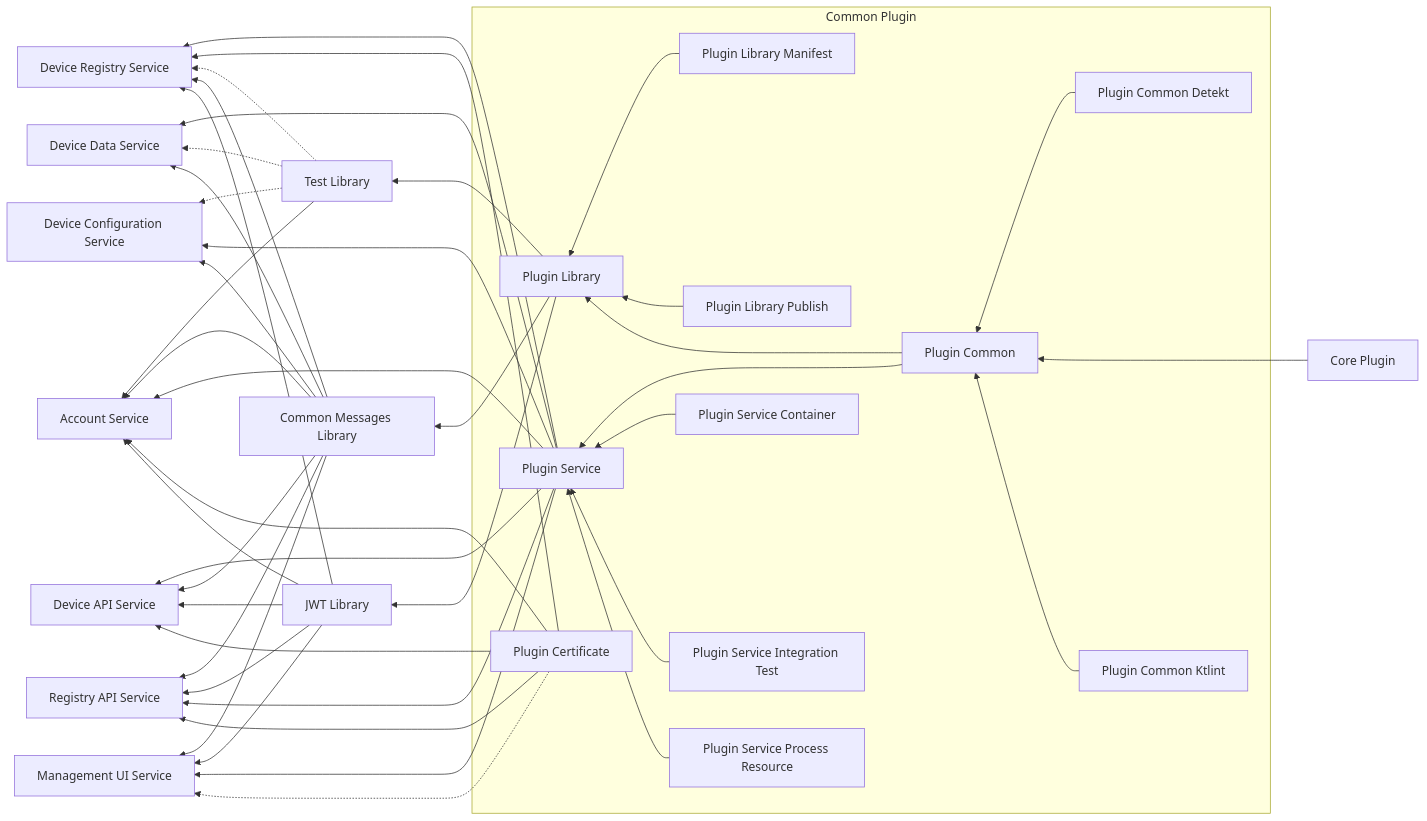
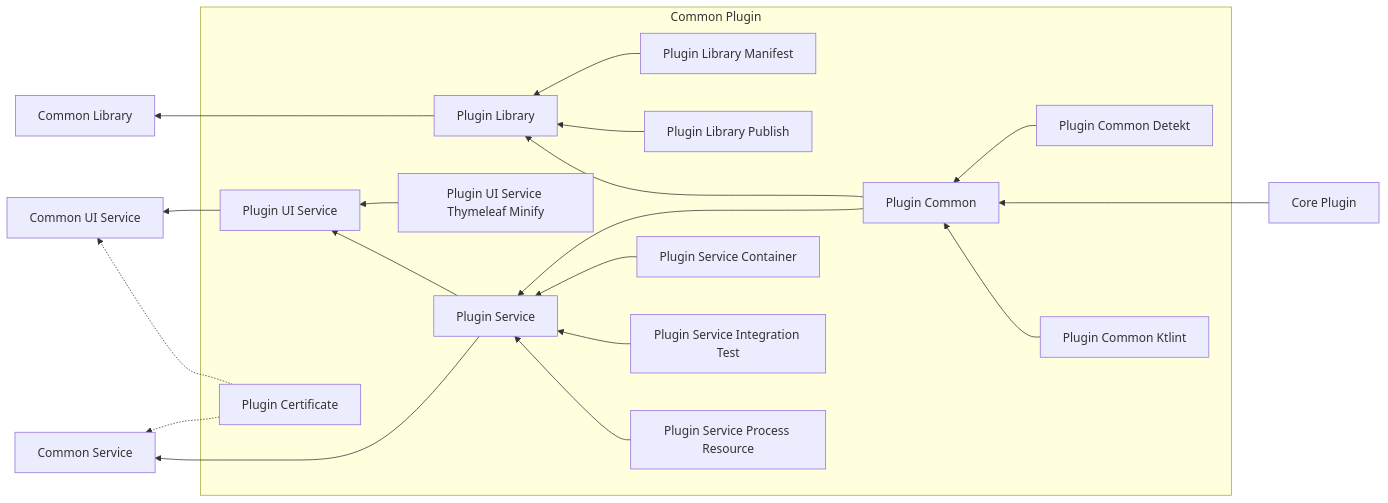
One commit to swordsteel/hlaeja-development changed the second of 3 diagrams in doc/dependency.md. Above: the diagram before and after it, drawn with Mermaid. The commit also changed other lines of this file and 1 other file, not shown here.

Commit message:
Hlæja concept v0.8.0

````diff
--- a/doc/dependency.md
+++ b/doc/dependency.md
@@ -80,81 +83,46 @@
 ```mermaid
 graph RL
 ;
 
   CP[Core Plugin]
   subgraph SCP [Common Plugin]
     PL[Plugin Library]
     PLM[Plugin Library Manifest]
     PLP[Plugin Library Publish]
     PCo[Plugin Common]
     PCoD[Plugin Common Detekt]
     PCoK[Plugin Common Ktlint]
     PCe[Plugin Certificate]
     PS[Plugin Service]
     PSC[Plugin Service Container]
     PSIT[Plugin Service Integration Test]
     PSPR[Plugin Service Process Resource]
+    PUS[Plugin UI Service]
+    PUSTM[Plugin UI Service Thymeleaf Minify]
   end
-  
+
   PLM --> PL
   PLP --> PL
   PCo ---> PL
   PCoD --> PCo
   CP ---> PCo
   PCoK --> PCo
   PCo ---> PS
   PSC --> PS
   PSIT --> PS
   PSPR --> PS
 
-  CML[Common Messages Library]
-  PL --> CML
+  PUSTM --> PUS
+  PS --> PUS
 
-  JL[JWT Library]
-  PL --> JL
+  CL[Common Library]
+  PL ---> CL
 
-  TL[Test Library]
-  PL --> TL
+  CS[Common Service]
+  PCe -.-> CS
+  PS --> CS
 
-  DRS[Device Registry Service]
-  PS --> DRS
-  PCe --> DRS
-  TL -.-> DRS
-  CML --> DRS
-  JL --> DRS
-
-  DDS[Device Data Service]
-  PS --> DDS
-  TL -.-> DDS
-  CML --> DDS
-
-  DCS[Device Configuration Service]
-  TL -.-> DCS
-  PS --> DCS
-  CML --> DCS
-
-  AS[Account Service]
-  TL --> AS
-  CML --> AS
-  PS --> AS
-  PCe --> AS
-  JL --> AS
-
-  DAS[Device API Service]
-  PS --> DAS
-  CML --> DAS
-  JL --> DAS
-  PCe --> DAS
-
-  RAS[Registry API Service]
-  CML --> RAS
-  JL --> RAS
-  PS --> RAS
-  PCe --> RAS
-
-  MUS[Management UI Service]
-  CML --> MUS
-  JL --> MUS
-  PS --> MUS
-  PCe -.-> MUS
+  CUS[Common UI Service]
+  PUS --> CUS
+  PCe -.-> CUS
 ```
````
